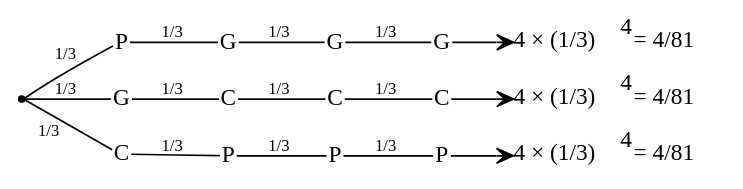
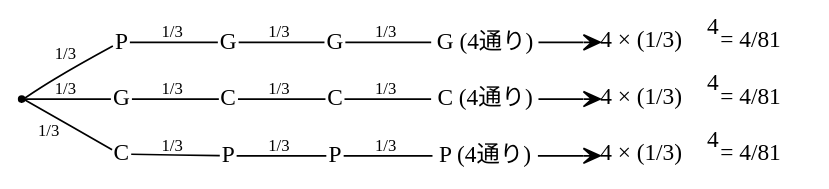
Before and after one commit to daiki-kaneda/problem_graph: the diagram in problem5_1.dot, drawn with Graphviz. The commit also changed 1 other file, not shown here.

```diff
--- a/problem5_1.dot
+++ b/problem5_1.dot
@@ -1,46 +1,46 @@
 digraph problem5_1 {
     rankdir = LR; // 左から右のレイアウトを指定
 
     // ダミーノード
     ""[shape=point];
 
     // ノードのスタイル設定
     node[shape=plain];
 
     // ノードの定義
     node1 [label="P"];
     node2 [label="G"];
     node3 [label="C"];
     node4 [label="G"];
     node5 [label="C"];
     node6 [label="P"];
     node7 [label="G"];
     node8 [label="C"];
     node9 [label="P"];
-    node10 [label="G"];
-    node11 [label="C"];
-    node12 [label="P"];
+    node10 [label="G (4通り)"];
+    node11 [label="C (4通り)"];
+    node12 [label="P (4通り)"];
     node13 [label=<4 × (1/3)<sup>4</sup> = 4/81>];
     node14 [label=<4 × (1/3)<sup>4</sup> = 4/81>];
     node15 [label=<4 × (1/3)<sup>4</sup> = 4/81>];
     // エッジの定義（有向）
     "" -> node1 [label=<<font point-size="10" color="black">1/3</font>>, arrowhead=none];
     "" -> node2 [label=<<font point-size="10" color="black">1/3</font>>, arrowhead=none];
     "" -> node3 [xlabel=<<font point-size="10" color="black">1/3</font>>, arrowhead=none];
 
     node1 -> node4 [label=<<font point-size="10" color="black">1/3</font>>, arrowhead=none];
     node2 -> node5 [label=<<font point-size="10" color="black">1/3</font>>, arrowhead=none];
     node3 -> node6 [label=<<font point-size="10" color="black">1/3</font>>, arrowhead=none];
 
     node4 -> node7 [label=<<font point-size="10" color="black">1/3</font>>, arrowhead=none];
     node5 -> node8 [label=<<font point-size="10" color="black">1/3</font>>, arrowhead=none];
     node6 -> node9 [label=<<font point-size="10" color="black">1/3</font>>, arrowhead=none];
 
     node7 -> node10 [label=<<font point-size="10" color="black">1/3</font>>, arrowhead=none];
     node8 -> node11 [label=<<font point-size="10" color="black">1/3</font>>, arrowhead=none];
     node9 -> node12 [label=<<font point-size="10" color="black">1/3</font>>, arrowhead=none];
 
     node10 -> node13 [arrowhead=vee];
     node11 -> node14 [arrowhead=vee];
     node12 -> node15 [arrowhead=vee];
 }
```
